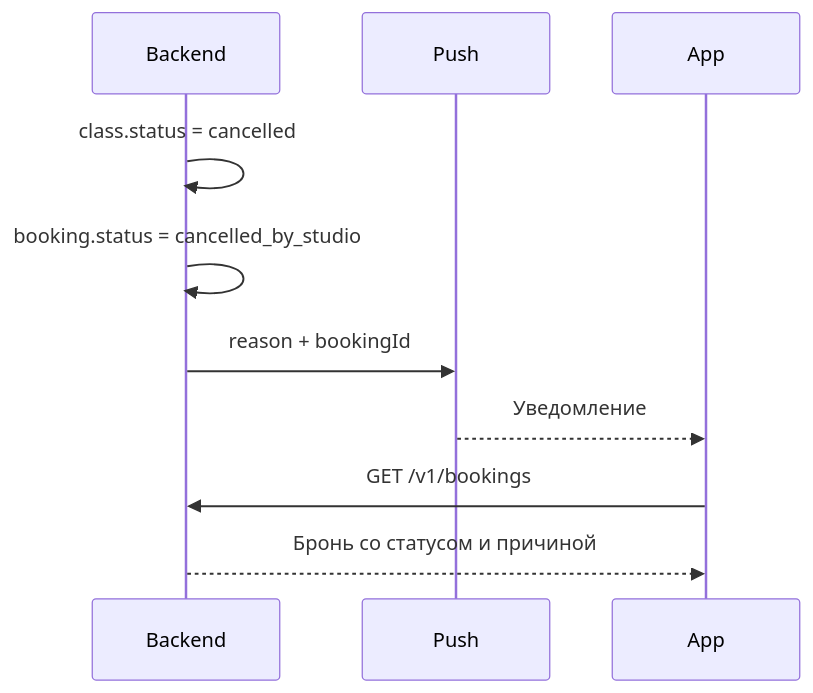
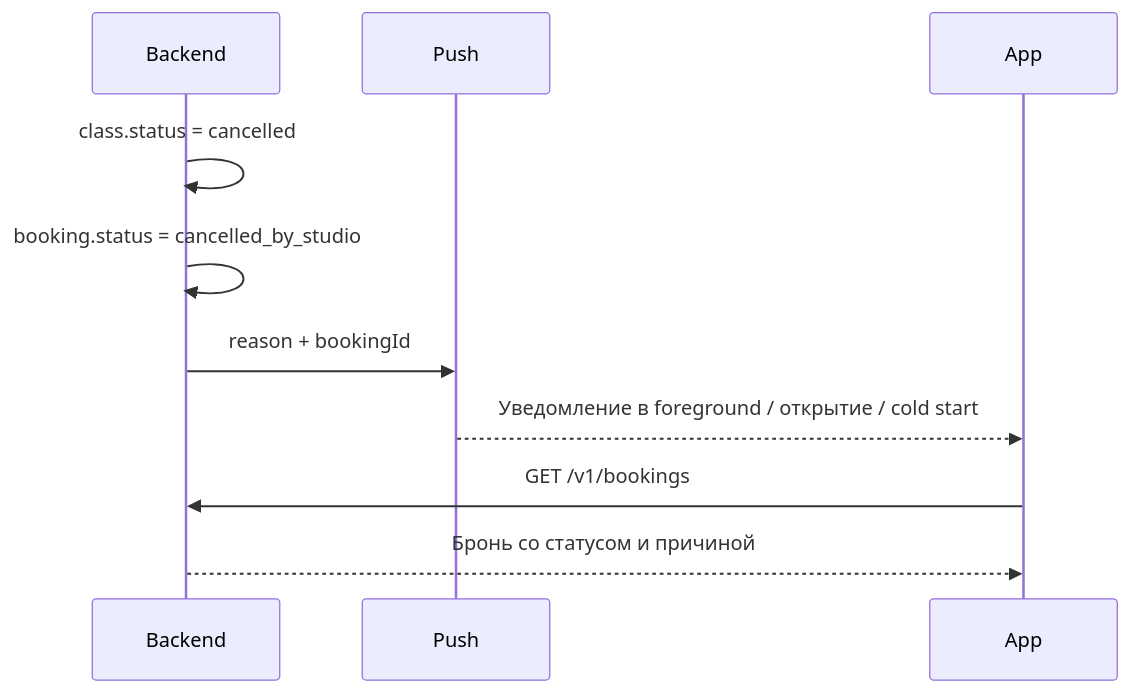
Before and after one commit to Dockstage/chef-table-app: the second of 2 diagrams in docs/02-design/api-sequence.md, drawn with Mermaid. The commit also changed 7 other files, not shown here.

````diff
--- a/docs/02-design/api-sequence.md
+++ b/docs/02-design/api-sequence.md
@@ -27,12 +27,12 @@
 ```mermaid
 sequenceDiagram
     participant Backend
     participant Push
     participant App
     Backend->>Backend: class.status = cancelled
     Backend->>Backend: booking.status = cancelled_by_studio
     Backend->>Push: reason + bookingId
-    Push-->>App: Уведомление
+    Push-->>App: Уведомление в foreground / открытие / cold start
     App->>Backend: GET /v1/bookings
     Backend-->>App: Бронь со статусом и причиной
 ```
````
